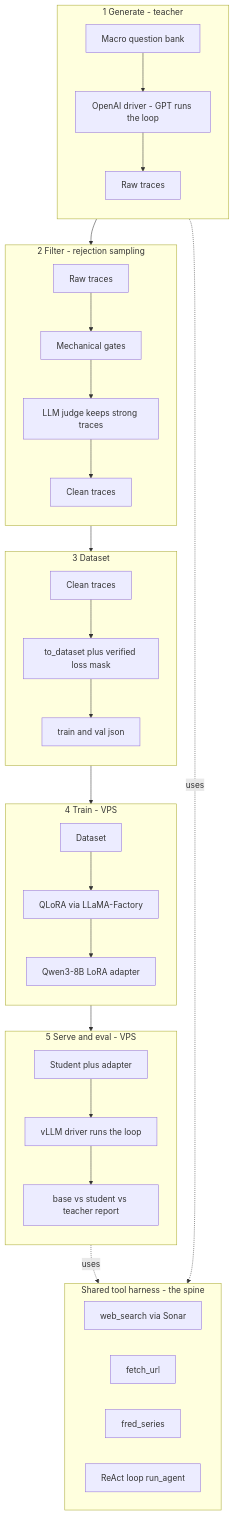
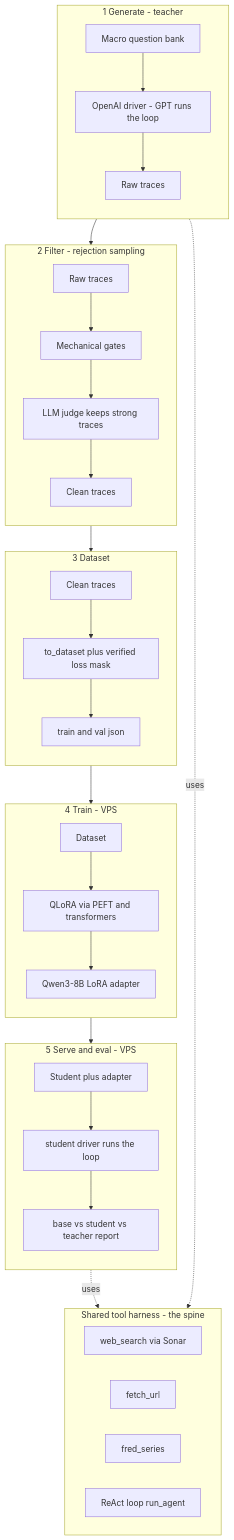
Before and after one commit to ashcastelinocs124/Fine-Tune-Models: the diagram in README.md, drawn with Mermaid. The commit also changed other lines of this file, not shown here.

Commit message:
docs: README reflects direct QLoRA + HFDriver + Sonar + Stage 0 proven

````diff
--- a/README.md
+++ b/README.md
@@ -26,39 +26,39 @@
 ```mermaid
 flowchart TB
   subgraph HARNESS["Shared tool harness - the spine"]
     direction LR
     ws["web_search via Sonar"]
     fu["fetch_url"]
     fr["fred_series"]
     loop["ReAct loop run_agent"]
   end
 
   subgraph GEN["1 Generate - teacher"]
     direction TB
     qb["Macro question bank"] --> oai["OpenAI driver - GPT runs the loop"] --> raw["Raw traces"]
   end
 
   subgraph FILTER["2 Filter - rejection sampling"]
     direction TB
     raw2["Raw traces"] --> gates["Mechanical gates"] --> judge["LLM judge keeps strong traces"] --> clean["Clean traces"]
   end
 
   subgraph DATA["3 Dataset"]
     direction TB
     clean2["Clean traces"] --> conv["to_dataset plus verified loss mask"] --> ds["train and val json"]
   end
 
   subgraph TRAIN["4 Train - VPS"]
     direction TB
-    ds2["Dataset"] --> qlora["QLoRA via LLaMA-Factory"] --> adapter["Qwen3-8B LoRA adapter"]
+    ds2["Dataset"] --> qlora["QLoRA via PEFT and transformers"] --> adapter["Qwen3-8B LoRA adapter"]
   end
 
   subgraph SERVE["5 Serve and eval - VPS"]
     direction TB
-    student["Student plus adapter"] --> vllm["vLLM driver runs the loop"] --> report["base vs student vs teacher report"]
+    student["Student plus adapter"] --> drv["student driver runs the loop"] --> report["base vs student vs teacher report"]
   end
 
   GEN --> FILTER --> DATA --> TRAIN --> SERVE
   oai -.uses.-> loop
-  vllm -.uses.-> loop
+  drv -.uses.-> loop
 ```
````
